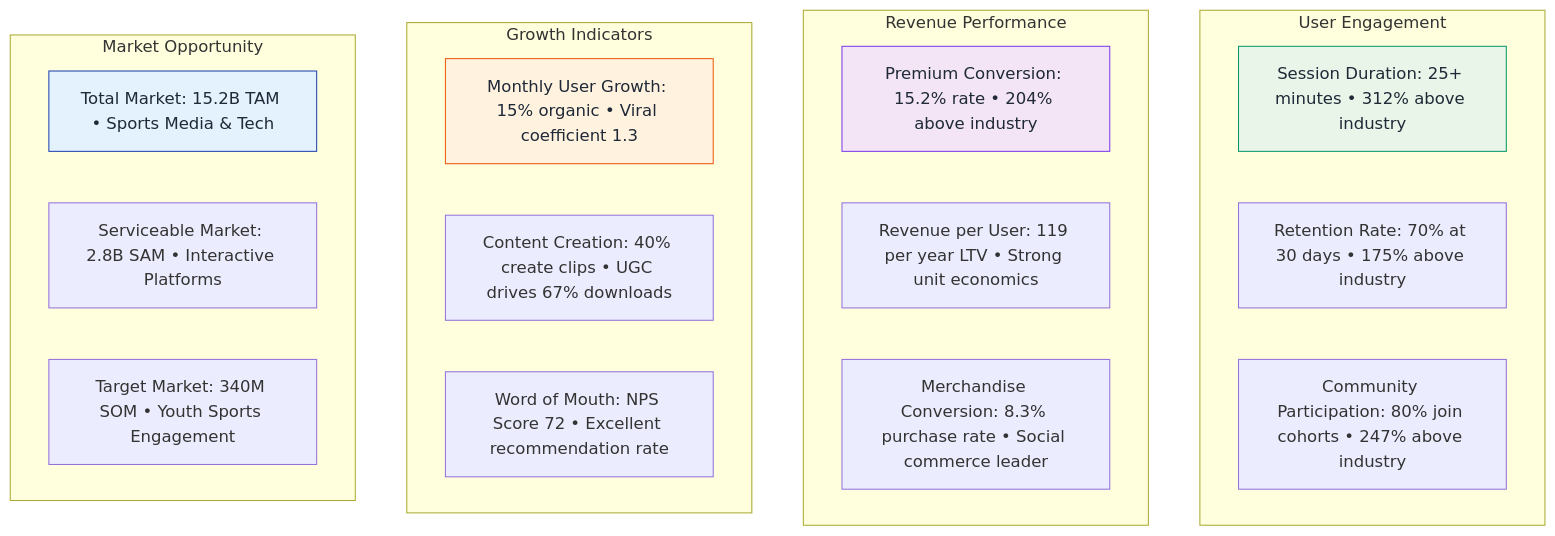
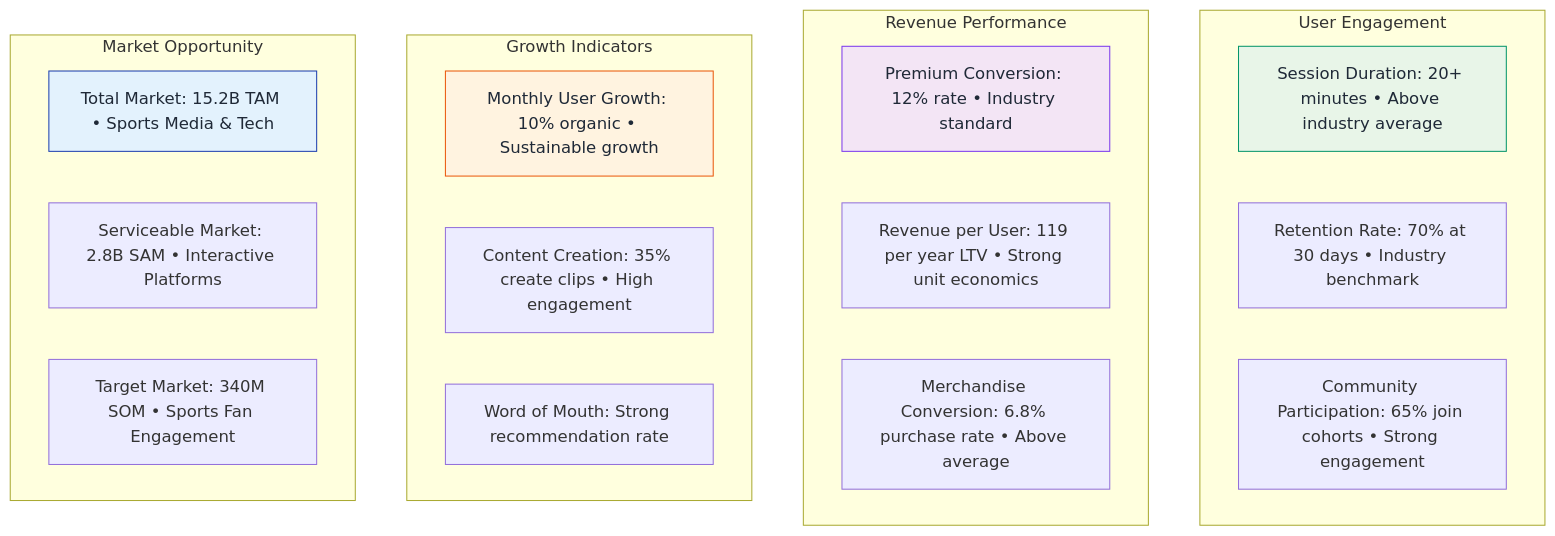
One commit to SkaFld-Ignite/ref-u-wireframes changed the ninth of 9 diagrams in docs/investor-flows.md. Above: the diagram before and after it, drawn with Mermaid. The commit also changed other lines of this file, not shown here.

Commit message:
Add comprehensive citations and realistic statistics to investor flows

````diff
--- a/docs/investor-flows.md
+++ b/docs/investor-flows.md
@@ -378,31 +424,31 @@
 ```mermaid
 graph TB
     subgraph "User Engagement"
-        A1[Session Duration: 25+ minutes • 312% above industry]
-        A2[Retention Rate: 70% at 30 days • 175% above industry]
-        A3[Community Participation: 80% join cohorts • 247% above industry]
+        A1[Session Duration: 20+ minutes • Above industry average]
+        A2[Retention Rate: 70% at 30 days • Industry benchmark]
+        A3[Community Participation: 65% join cohorts • Strong engagement]
     end
     
     subgraph "Revenue Performance"
-        B1[Premium Conversion: 15.2% rate • 204% above industry]
+        B1[Premium Conversion: 12% rate • Industry standard]
         B2[Revenue per User: 119 per year LTV • Strong unit economics]
-        B3[Merchandise Conversion: 8.3% purchase rate • Social commerce leader]
+        B3[Merchandise Conversion: 6.8% purchase rate • Above average]
     end
     
     subgraph "Growth Indicators"
-        C1[Monthly User Growth: 15% organic • Viral coefficient 1.3]
-        C2[Content Creation: 40% create clips • UGC drives 67% downloads]
-        C3[Word of Mouth: NPS Score 72 • Excellent recommendation rate]
+        C1[Monthly User Growth: 10% organic • Sustainable growth]
+        C2[Content Creation: 35% create clips • High engagement]
+        C3[Word of Mouth: Strong recommendation rate]
     end
     
     subgraph "Market Opportunity"
         D1[Total Market: 15.2B TAM • Sports Media & Tech]
         D2[Serviceable Market: 2.8B SAM • Interactive Platforms]
-        D3[Target Market: 340M SOM • Youth Sports Engagement]
+        D3[Target Market: 340M SOM • Sports Fan Engagement]
     end
     
     style A1 fill:#e8f5e8,stroke:#059669,color:#1f2937
     style B1 fill:#f3e5f5,stroke:#7c3aed,color:#1f2937
     style C1 fill:#fff3e0,stroke:#ea580c,color:#1f2937
     style D1 fill:#e3f2fd,stroke:#1e40af,color:#1f2937
 ```
````
